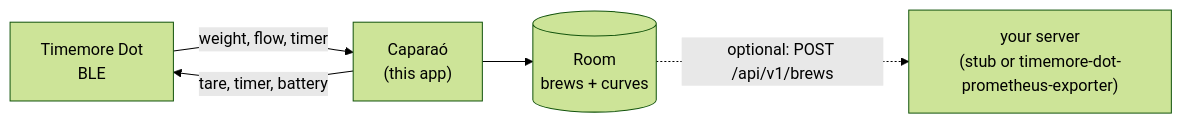
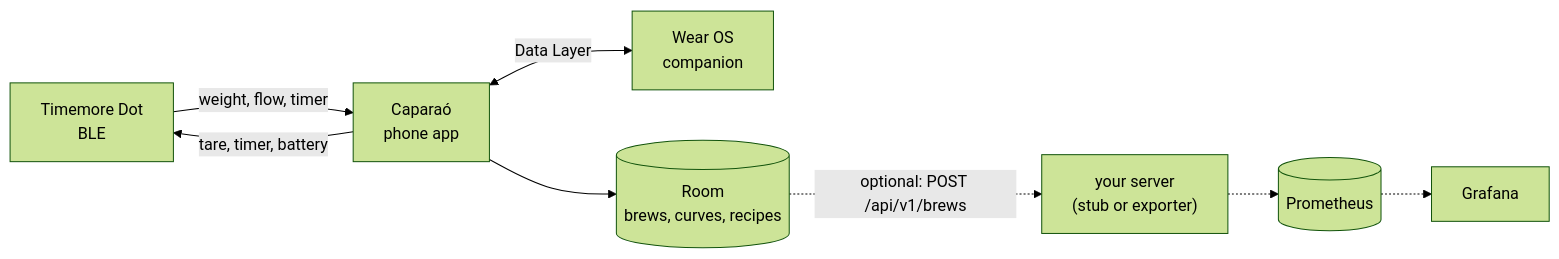
One commit to MateuxLucax/caparao changed the diagram in README.md. Above: the diagram before and after it, drawn with Mermaid (forest theme). The commit also changed other lines of this file and 13 other files, not shown here.

First line of the commit message:
Add demo clips and GIFs, rewrite README around features and architecture

````diff
--- a/README.md
+++ b/README.md
@@ -40,7 +45,9 @@
 ```mermaid
 flowchart LR
-    dot["Timemore Dot<br/>BLE"] -->|"weight, flow, timer"| app["Caparaó<br/>(this app)"]
+    dot["Timemore Dot<br/>BLE"] -->|"weight, flow, timer"| app["Caparaó<br/>phone app"]
     app -->|"tare, timer, battery"| dot
-    app --> room[("Room<br/>brews + curves")]
-    room -.->|"optional: POST /api/v1/brews"| srv["your server<br/>(stub or timemore-dot-prometheus-exporter)"]
+    app <-->|"Data Layer"| watch["Wear OS<br/>companion"]
+    app --> room[("Room<br/>brews, curves, recipes")]
+    room -.->|"optional: POST /api/v1/brews"| srv["your server<br/>(stub or exporter)"]
+    srv -.-> prom[("Prometheus")] -.-> graf["Grafana"]
 ```
````
